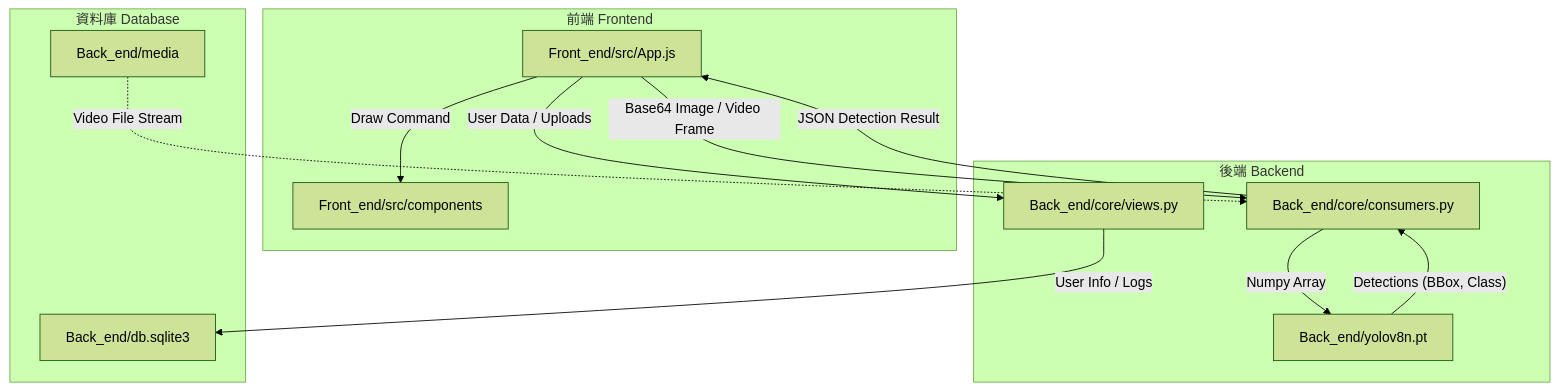
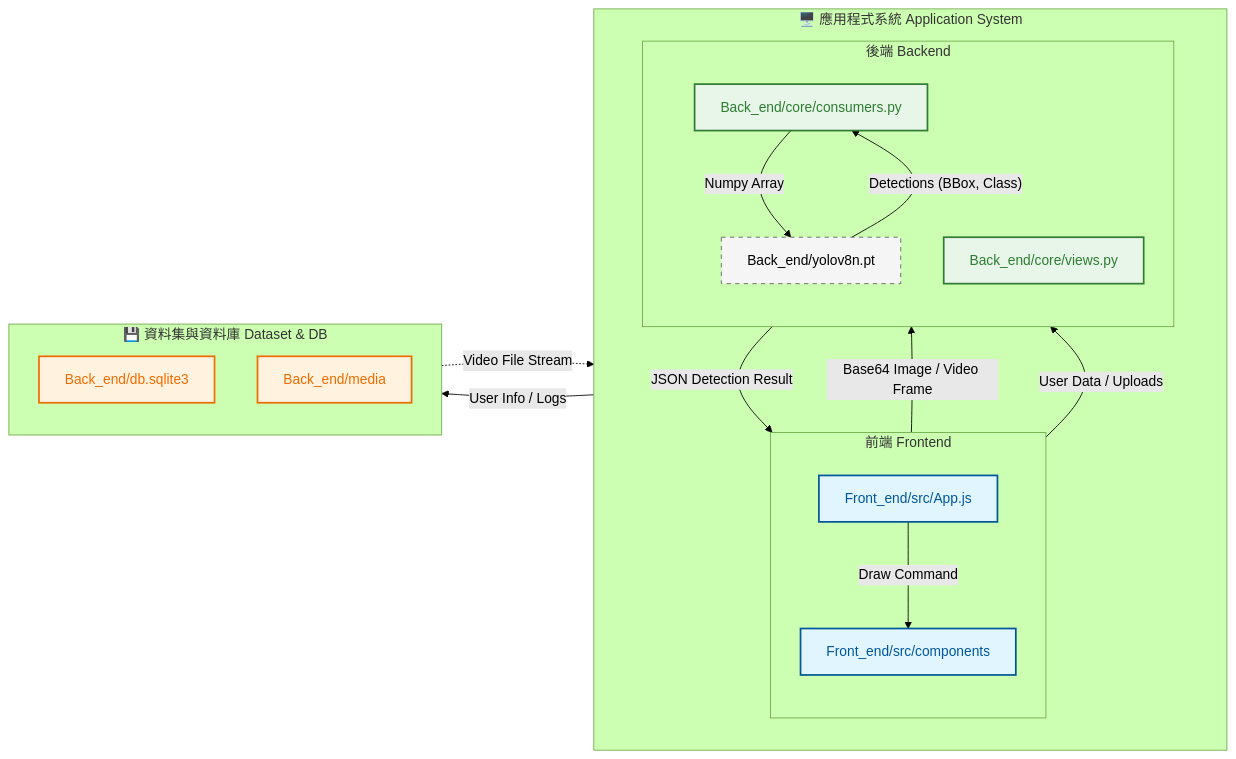
One commit to gordonpow/lab_software_test changed the diagram in README.md. Above: the diagram before and after it, drawn with Mermaid (forest theme).

````diff
--- a/README.md
+++ b/README.md
@@ -23,29 +23,51 @@
 ```mermaid
-graph TD
-    subgraph Frontend [前端 Frontend]
-        App[Front_end/src/App.js]
-        Canvas[Front_end/src/components]
+graph LR
+    %% Styles
+    classDef frontend fill:#e1f5fe,stroke:#01579b,stroke-width:2px,color:#01579b;
+    classDef backend fill:#e8f5e9,stroke:#2e7d32,stroke-width:2px,color:#2e7d32;
+    classDef database fill:#fff3e0,stroke:#ef6c00,stroke-width:2px,color:#ef6c00;
+    classDef file fill:#f5f5f5,stroke:#616161,stroke-width:1px,stroke-dasharray: 5 5;
+    classDef transparent fill:none,stroke:none,color:#333;
+
+    %% Main Layout: Left (App System) -> Right (Data System)
+    subgraph AppSystem [🖥️ 應用程式系統 Application System]
+        direction TB
+        
+        subgraph Frontend [前端 Frontend]
+            direction TB
+            App[Front_end/src/App.js]:::frontend
+            Canvas[Front_end/src/components]:::frontend
+        end
+        
+        %% Invisible link to force Frontend above Backend if needed, 
+        %% but TB direction usually handles it.
+        
+        subgraph Backend [後端 Backend]
+            direction TB
+            Consumer[Back_end/core/consumers.py]:::backend
+            Views[Back_end/core/views.py]:::backend
+            Model[Back_end/yolov8n.pt]:::file
+        end
     end
 
-    subgraph Backend [後端 Backend]
-        Consumer[Back_end/core/consumers.py]
-        Views[Back_end/core/views.py]
-        Model[Back_end/yolov8n.pt]
-    end
-
-    subgraph Database [資料庫 Database]
-        DB[Back_end/db.sqlite3]
-        Media[Back_end/media]
+    subgraph DataSystem [💾 資料集與資料庫 Dataset & DB]
+        direction TB
+        DB[Back_end/db.sqlite3]:::database
+        Media[Back_end/media]:::database
     end
 
     %% Data Flow Connections
+    %% Frontend <-> Backend
     App -->|"Base64 Image / Video Frame"| Consumer
+    Consumer -->|"JSON Detection Result"| App
+    App -->|"User Data / Uploads"| Views
+    App -->|"Draw Command"| Canvas
+
+    %% Backend Internal
     Consumer -->|"Numpy Array"| Model
     Model -->|"Detections (BBox, Class)"| Consumer
-    Consumer -->|"JSON Detection Result"| App
-    
-    App -->|"User Data / Uploads"| Views
+
+    %% Backend <-> Database (Left to Right Flow)
     Views -->|"User Info / Logs"| DB
     Media -.->|"Video File Stream"| Consumer
-    App -->|"Draw Command"| Canvas
 ```
````
